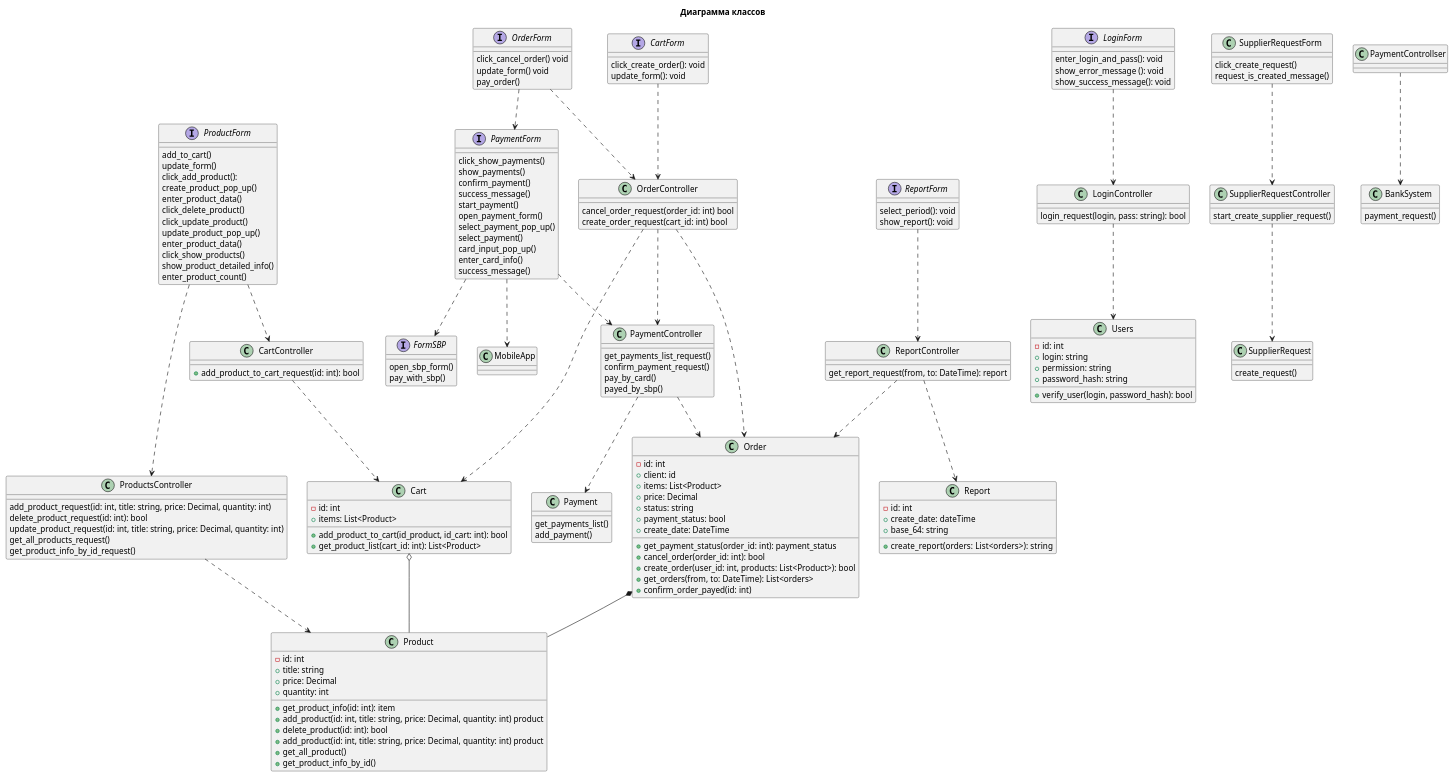
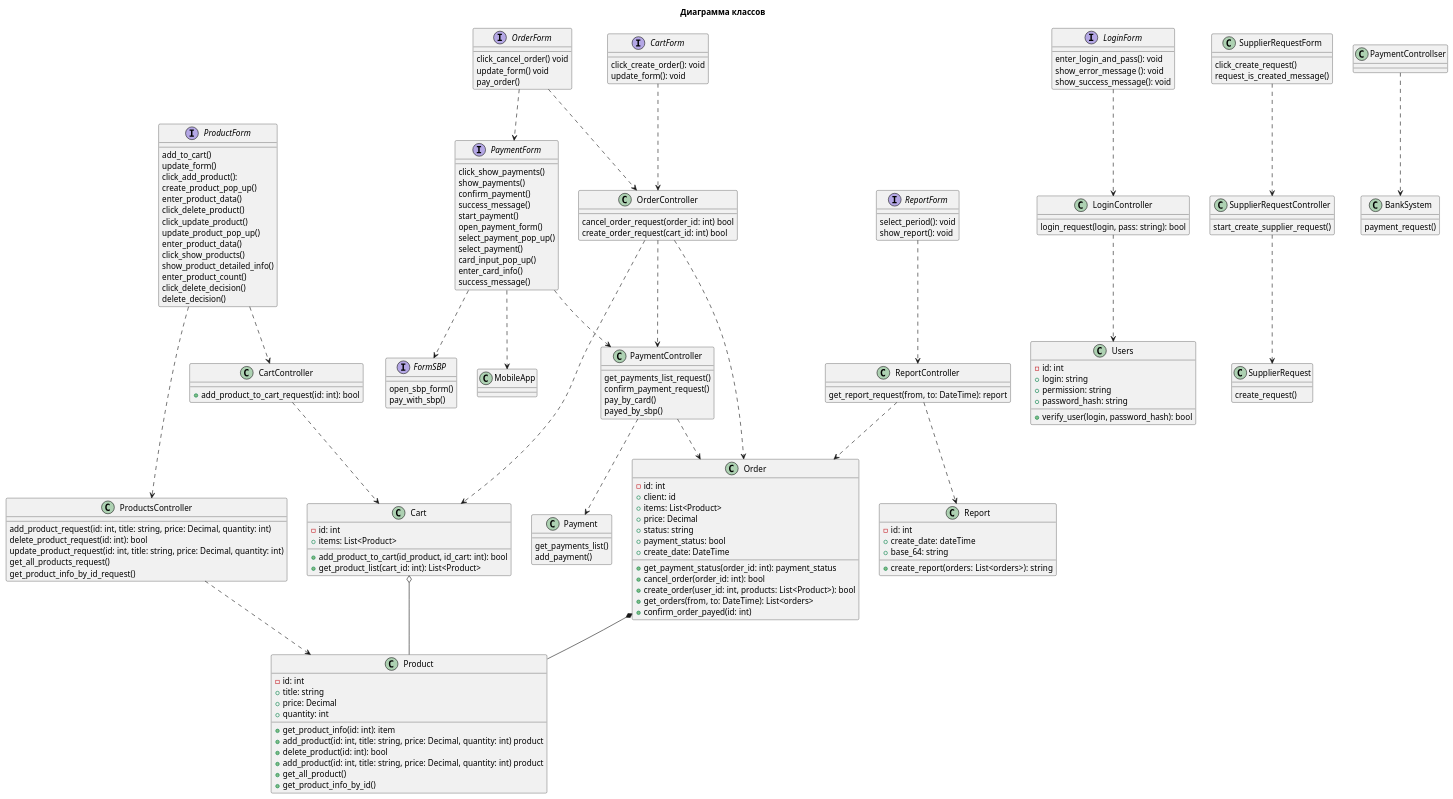
One commit to UraharaKiska/umlk_diagram changed the diagram in laba_1-4/new_calss.puml. Above: the diagram before and after it, drawn with PlantUML. The commit also changed 2 other files, not shown here.

Commit message:
add activity diagram

```diff
--- a/laba_1-4/new_calss.puml
+++ b/laba_1-4/new_calss.puml
@@ -15,6 +15,9 @@
     сlick_show_products()
     show_product_detailed_info()
     enter_product_count()
+    click_delete_decision()
+    delete_decision()
+    
 }
 
 interface OrderForm {
```
